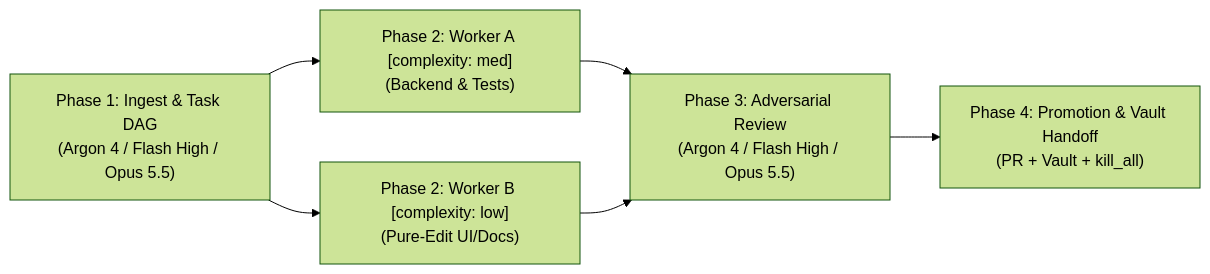
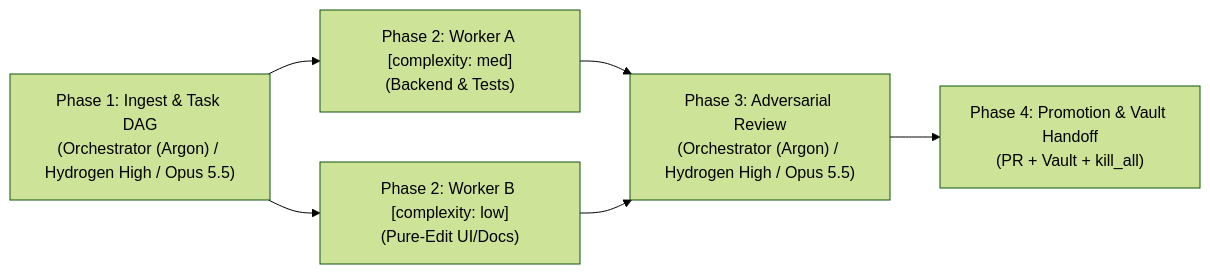
The diagram in harness/plugins/autonomous-orchestrator/skills/auto-lifecycle/SKILL.md (Cooper-Wallace/agentkit), drawn with Mermaid (forest theme) before and after one commit. The commit also changed other lines of this file and 23 other files, not shown here.

````diff
--- a/harness/plugins/autonomous-orchestrator/skills/auto-lifecycle/SKILL.md
+++ b/harness/plugins/autonomous-orchestrator/skills/auto-lifecycle/SKILL.md
@@ -14,8 +14,8 @@
 ```mermaid
 flowchart LR
-    P1["Phase 1: Ingest & Task DAG<br/>(Argon 4 / Flash High / Opus 5.5)"] --> P2A["Phase 2: Worker A [complexity: med]<br/>(Backend & Tests)"]
+    P1["Phase 1: Ingest & Task DAG<br/>(Orchestrator (Argon) / Hydrogen High / Opus 5.5)"] --> P2A["Phase 2: Worker A [complexity: med]<br/>(Backend & Tests)"]
     P1 --> P2B["Phase 2: Worker B [complexity: low]<br/>(Pure-Edit UI/Docs)"]
-    P2A --> P3["Phase 3: Adversarial Review<br/>(Argon 4 / Flash High / Opus 5.5)"]
+    P2A --> P3["Phase 3: Adversarial Review<br/>(Orchestrator (Argon) / Hydrogen High / Opus 5.5)"]
     P2B --> P3
     P3 --> P4["Phase 4: Promotion & Vault Handoff<br/>(PR + Vault + kill_all)"]
 ```
````
